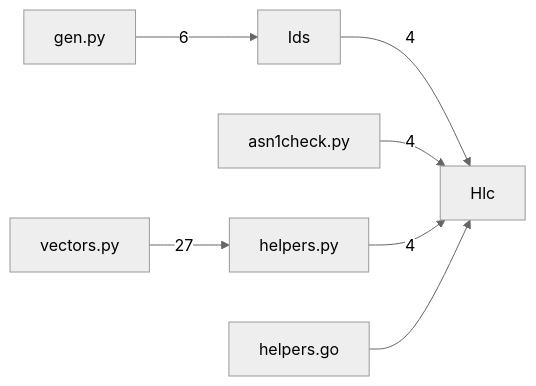
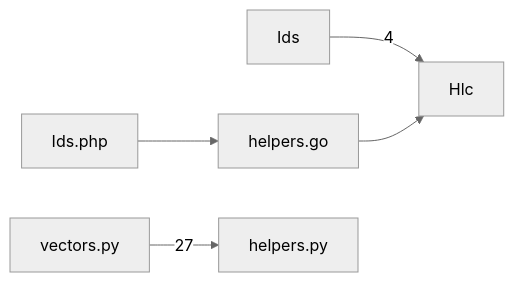
The diagram in .claude/wiki/code-map.md (smol-kitten/catboy-registry), drawn with Mermaid (neutral theme) before and after one commit. The commit also changed other lines of this file and 7 other files, not shown here.

````diff
--- a/.claude/wiki/code-map.md
+++ b/.claude/wiki/code-map.md
@@ -29,16 +28,13 @@
 ```mermaid
 graph LR
   n_Hlc["Hlc"]
   n_Ids["Ids"]
-  n_asn1check_py["asn1check.py"]
-  n_gen_py["gen.py"]
+  n_Ids_php["Ids.php"]
   n_helpers_go["helpers.go"]
   n_helpers_py["helpers.py"]
   n_vectors_py["vectors.py"]
   n_vectors_py -->|27| n_helpers_py
-  n_gen_py -->|6| n_Ids
   n_Ids -->|4| n_Hlc
-  n_asn1check_py -->|4| n_Hlc
-  n_helpers_py -->|4| n_Hlc
   n_helpers_go --> n_Hlc
+  n_Ids_php --> n_helpers_go
 ```
````
